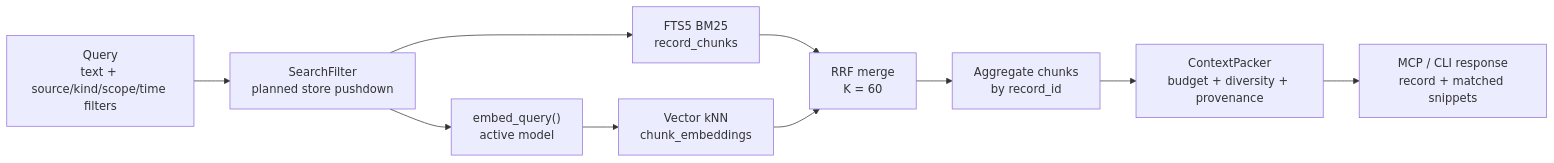
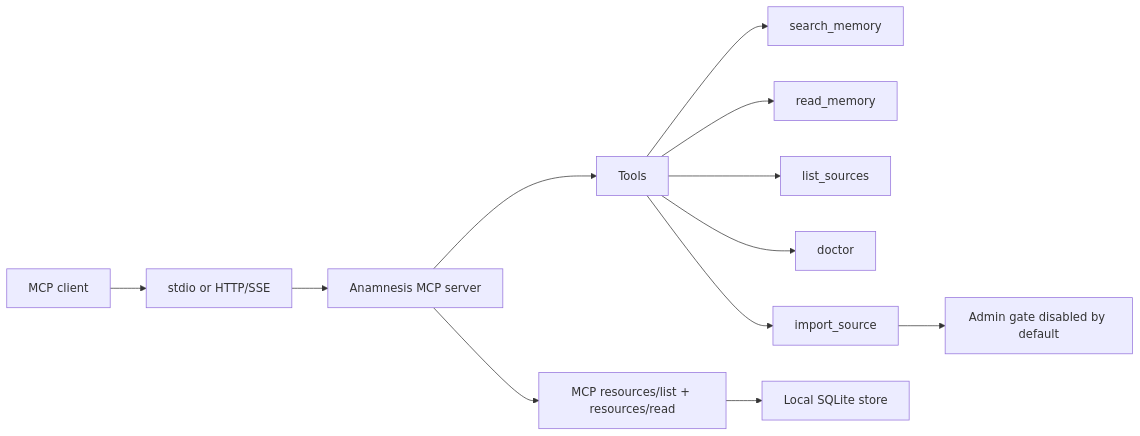
Before and after one commit to Trapezohe/Anamnesis: the fourth of 5 diagrams in README.md, drawn with Mermaid. The commit also changed other lines of this file and 27 other files, not shown here.

````diff
--- a/README.md
+++ b/README.md
@@ -231,14 +170,14 @@
 ```mermaid
 flowchart LR
-  Q["Query<br/>text + source/kind/scope/time filters"] --> Filter["SearchFilter<br/>planned store pushdown"]
-
-  Filter --> FTS["FTS5 BM25<br/>record_chunks"]
-  Filter --> QEmbed["embed_query()<br/>active model"]
-  QEmbed --> Vec["Vector kNN<br/>chunk_embeddings"]
-
-  FTS --> RRF["RRF merge<br/>K = 60"]
-  Vec --> RRF
-  RRF --> Agg["Aggregate chunks<br/>by record_id"]
-  Agg --> Pack["ContextPacker<br/>budget + diversity + provenance"]
-  Pack --> Resp["MCP / CLI response<br/>record + matched snippets"]
+    Agent["MCP client"] --> Transport["stdio or HTTP/SSE"]
+    Transport --> Server["Anamnesis MCP server"]
+    Server --> Tools["Tools"]
+    Tools --> Search["search_memory"]
+    Tools --> Read["read_memory"]
+    Tools --> List["list_sources"]
+    Tools --> Doctor["doctor"]
+    Tools --> Import["import_source"]
+    Import --> Gate["Admin gate disabled by default"]
+    Server --> Resources["MCP resources/list + resources/read"]
+    Resources --> Store["Local SQLite store"]
 ```
````
